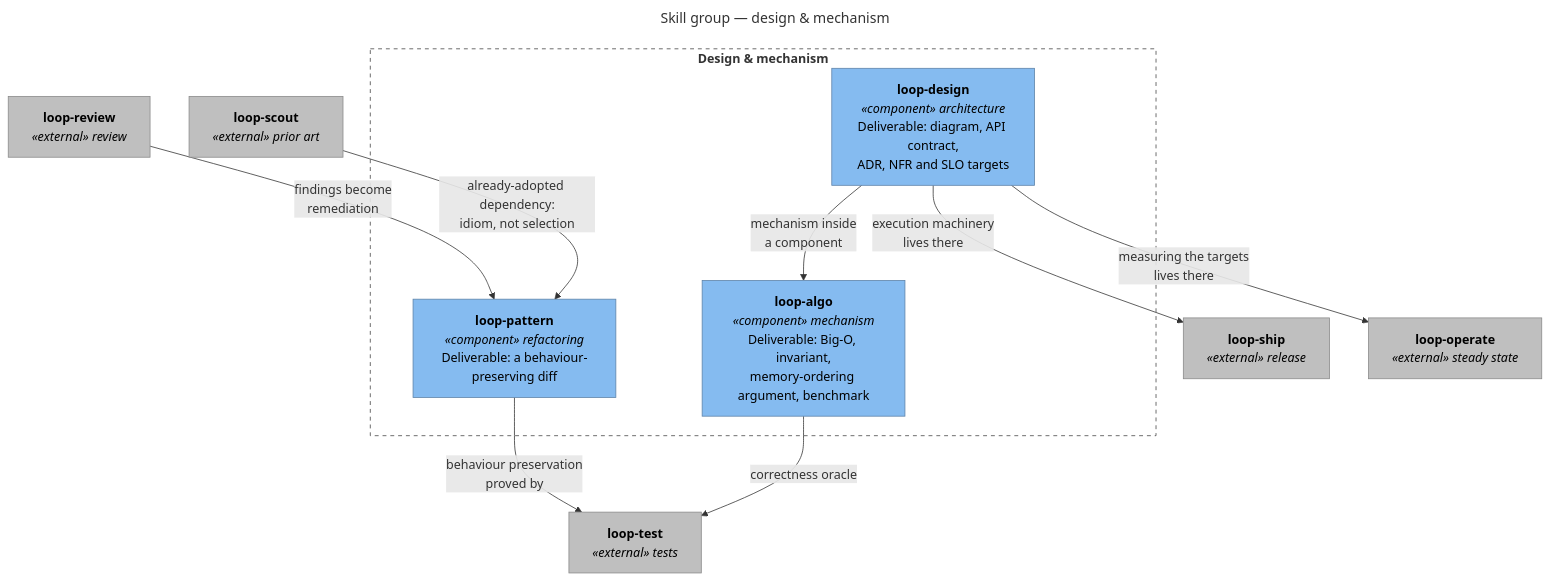
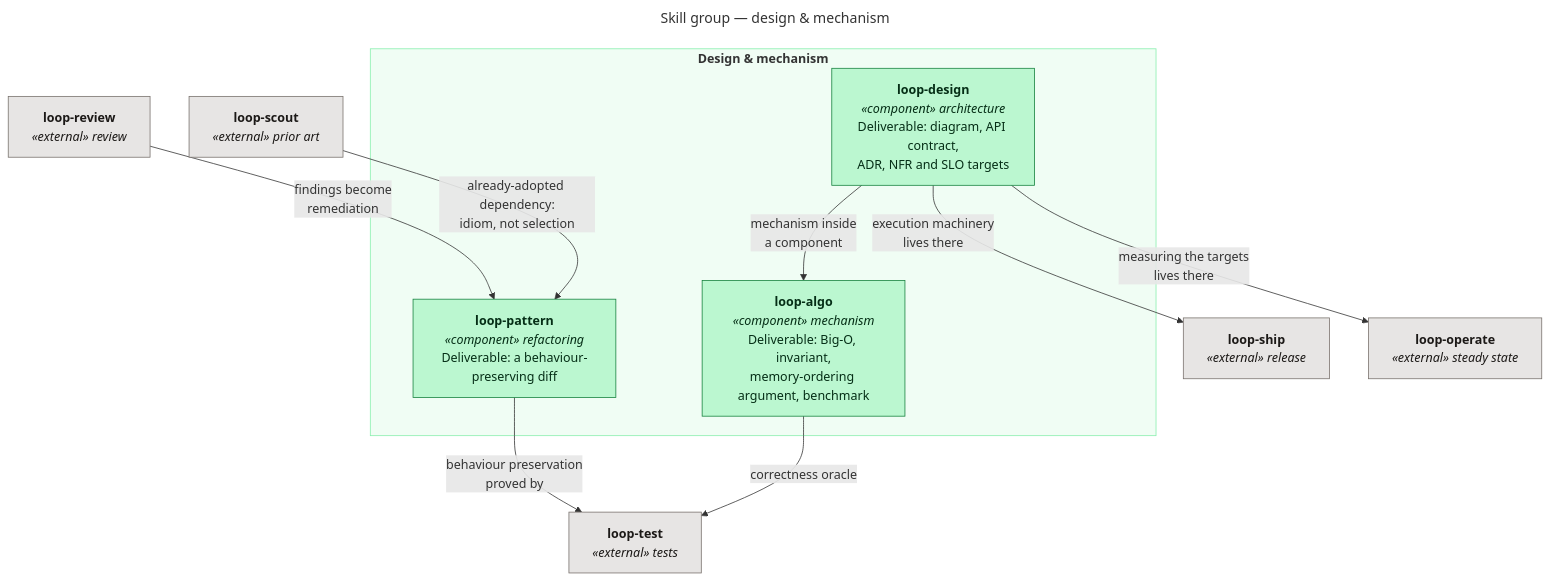
The diagram in docs/c4/diagrams/src/skills-design-mechanism.mmd (santapong/Proof), drawn with Mermaid before and after one commit. The commit also changed 35 other files, not shown here.

First line of the commit message:
Diagrams: apply the family palette to all 18 sources

```diff
--- a/docs/c4/diagrams/src/skills-design-mechanism.mmd
+++ b/docs/c4/diagrams/src/skills-design-mechanism.mmd
@@ -1,29 +1,29 @@
 ---
 title: "Skill group — design & mechanism"
 ---
 flowchart TB
     subgraph g["<b>Design &amp; mechanism</b>"]
         design["<b>loop-design</b><br/><i>«component» architecture</i><br/>Deliverable: diagram, API contract,<br/>ADR, NFR and SLO targets"]
         algo["<b>loop-algo</b><br/><i>«component» mechanism</i><br/>Deliverable: Big-O, invariant,<br/>memory-ordering argument, benchmark"]
         pat["<b>loop-pattern</b><br/><i>«component» refactoring</i><br/>Deliverable: a behaviour-preserving diff"]
     end
 
     ship["<b>loop-ship</b><br/><i>«external» release</i>"]
     ops["<b>loop-operate</b><br/><i>«external» steady state</i>"]
     test["<b>loop-test</b><br/><i>«external» tests</i>"]
     rev["<b>loop-review</b><br/><i>«external» review</i>"]
     scout["<b>loop-scout</b><br/><i>«external» prior art</i>"]
 
     design -- "mechanism inside<br/>a component" --> algo
     design -- "execution machinery<br/>lives there" --> ship
     design -- "measuring the targets<br/>lives there" --> ops
     rev -- "findings become<br/>remediation" --> pat
     pat -- "behaviour preservation<br/>proved by" --> test
     algo -- "correctness oracle" --> test
     scout -- "already-adopted dependency:<br/>idiom, not selection" --> pat
 
-    classDef component fill:#85BBF0,stroke:#5D82A8,color:#000
-    classDef extc fill:#BFBFBF,stroke:#8A8A8A,color:#000
+    classDef component fill:#BBF7D0,stroke:#15803D,color:#052E16
+    classDef extc fill:#E7E5E4,stroke:#78716C,color:#1C1917
     class design,algo,pat component
     class ship,ops,test,rev,scout extc
-    style g fill:none,stroke:#444444,stroke-dasharray:5 5
+    style g fill:#F0FDF4,stroke:#86EFAC
```
